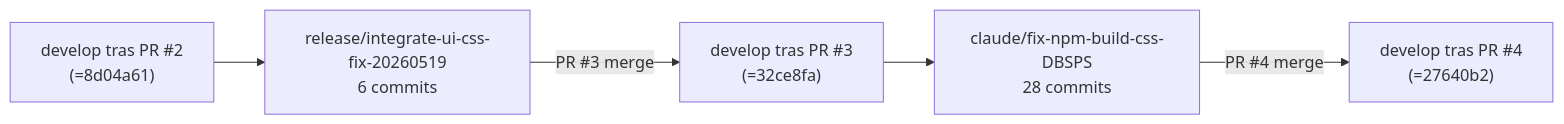
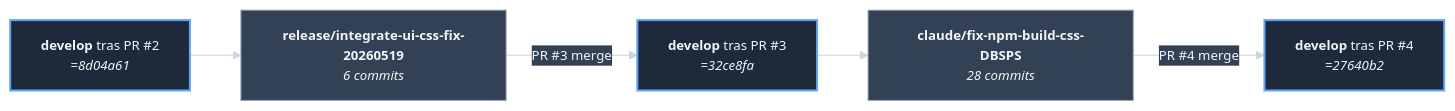
One commit to jcg-admin/template-ecommerce-ui changed the diagram in docs/pm/iniciativas/analizar-ramas-pendientes-de-integracion/analisis-rama-release-integrate-ui-css-fix.md. Above: the diagram before and after it, drawn with Mermaid. The commit also changed 16 other files, not shown here.

First line of the commit message:
Apply dark Mermaid theme to 19 diagrams

````diff
--- a/docs/pm/iniciativas/analizar-ramas-pendientes-de-integracion/analisis-rama-release-integrate-ui-css-fix.md
+++ b/docs/pm/iniciativas/analizar-ramas-pendientes-de-integracion/analisis-rama-release-integrate-ui-css-fix.md
@@ -83,13 +83,29 @@
 ```mermaid
+%%{init: {'theme':'base', 'themeVariables': {
+  'background': '#0f172a',
+  'primaryColor': '#1e293b',
+  'primaryTextColor': '#f1f5f9',
+  'primaryBorderColor': '#94a3b8',
+  'lineColor': '#cbd5e1',
+  'secondaryColor': '#334155',
+  'tertiaryColor': '#1e3a8a',
+  'fontSize': '13px'
+}}}%%
 flowchart LR
-    pr2["develop tras PR #2<br/>(=8d04a61)"]
-    pr3rama["release/integrate-ui-css-fix-20260519<br/>6 commits"]
-    pr3merge["develop tras PR #3<br/>(=32ce8fa)"]
-    pr4rama["claude/fix-npm-build-css-DBSPS<br/>28 commits"]
-    pr4merge["develop tras PR #4<br/>(=27640b2)"]
+    rama_develop_post_pr2["<b>develop</b> tras PR #2<br/><i>=8d04a61</i>"]
+    rama_release_integrate_ui_css["<b>release/integrate-ui-css-fix-20260519</b><br/><i>6 commits</i>"]
+    rama_develop_post_pr3["<b>develop</b> tras PR #3<br/><i>=32ce8fa</i>"]
+    rama_claude_fix_npm_build_css["<b>claude/fix-npm-build-css-DBSPS</b><br/><i>28 commits</i>"]
+    rama_develop_post_pr4["<b>develop</b> tras PR #4<br/><i>=27640b2</i>"]
 
-    pr2 --> pr3rama
-    pr3rama -->|"PR #3 merge"| pr3merge
-    pr3merge --> pr4rama
-    pr4rama -->|"PR #4 merge"| pr4merge
+    rama_develop_post_pr2 --> rama_release_integrate_ui_css
+    rama_release_integrate_ui_css -- "PR #3 merge" --> rama_develop_post_pr3
+    rama_develop_post_pr3 --> rama_claude_fix_npm_build_css
+    rama_claude_fix_npm_build_css -- "PR #4 merge" --> rama_develop_post_pr4
+
+    classDef primaryNode fill:#1e293b,stroke:#60a5fa,stroke-width:2px,color:#f1f5f9
+    classDef secondaryNode fill:#334155,stroke:#94a3b8,stroke-width:1px,color:#f1f5f9
+
+    class rama_develop_post_pr2,rama_develop_post_pr3,rama_develop_post_pr4 primaryNode
+    class rama_release_integrate_ui_css,rama_claude_fix_npm_build_css secondaryNode
 ```
````
